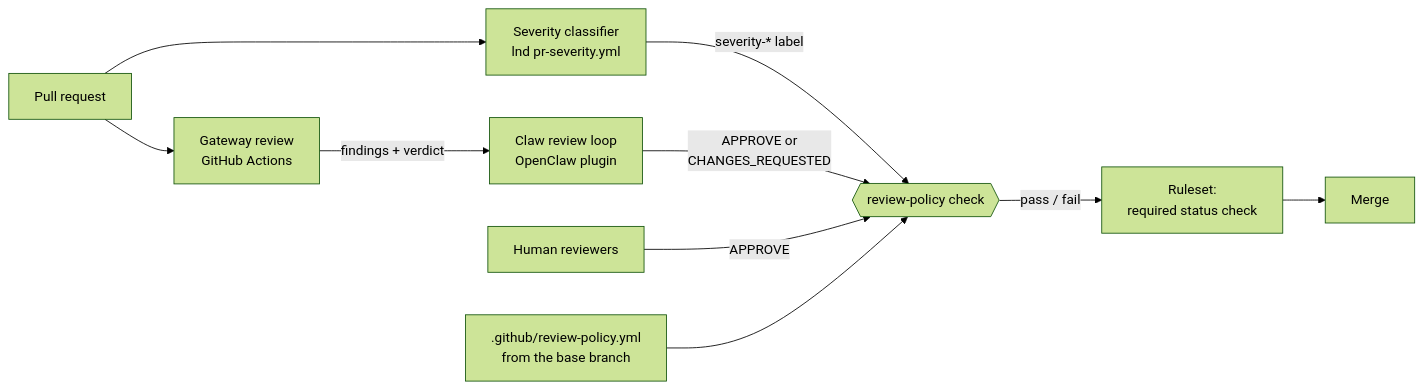
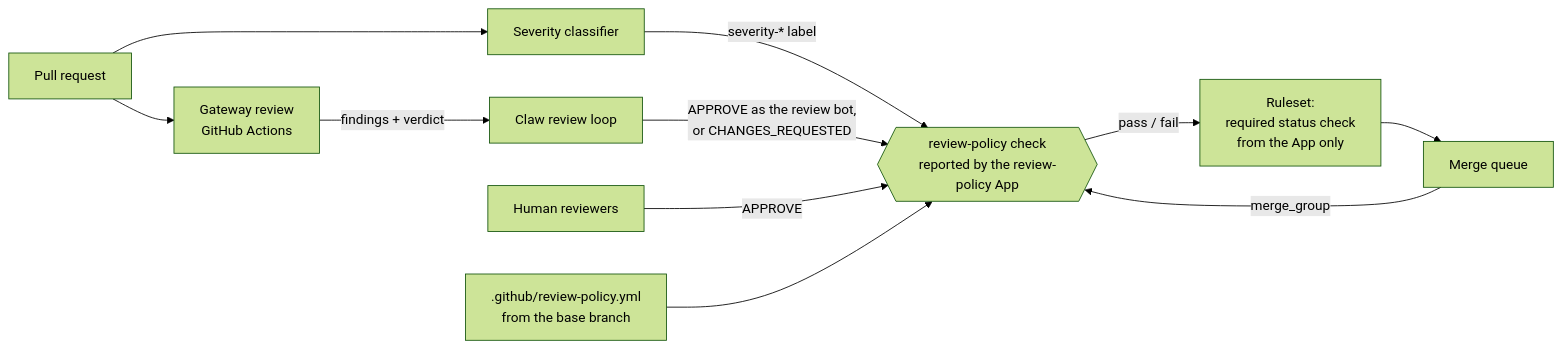
Before and after one commit to lightninglabs/review-policy: the first of 3 diagrams in README.md, drawn with Mermaid (forest theme). The commit also changed other lines of this file, not shown here.

First line of the commit message:
docs: address review of the design

````diff
--- a/README.md
+++ b/README.md
@@ -27,12 +28,13 @@
 ```mermaid
 flowchart LR
-    PR[Pull request] --> SEV[Severity classifier<br/>lnd pr-severity.yml]
+    PR[Pull request] --> SEV[Severity classifier]
     PR --> GW[Gateway review<br/>GitHub Actions]
     SEV -->|severity-* label| POL
-    GW -->|findings + verdict| BOT[Claw review loop<br/>OpenClaw plugin]
-    BOT -->|APPROVE or<br/>CHANGES_REQUESTED| POL
+    GW -->|findings + verdict| BOT[Claw review loop]
+    BOT -->|APPROVE as the review bot,<br/>or CHANGES_REQUESTED| POL
     HUM[Human reviewers] -->|APPROVE| POL
     CFG[.github/review-policy.yml<br/>from the base branch] --> POL
-    POL{{review-policy check}} -->|pass / fail| RS[Ruleset:<br/>required status check]
-    RS --> MERGE[Merge]
+    POL{{review-policy check<br/>reported by the review-policy App}} -->|pass / fail| RS[Ruleset:<br/>required status check<br/>from the App only]
+    RS --> MERGE[Merge queue]
+    MERGE -->|merge_group| POL
 ```
````
